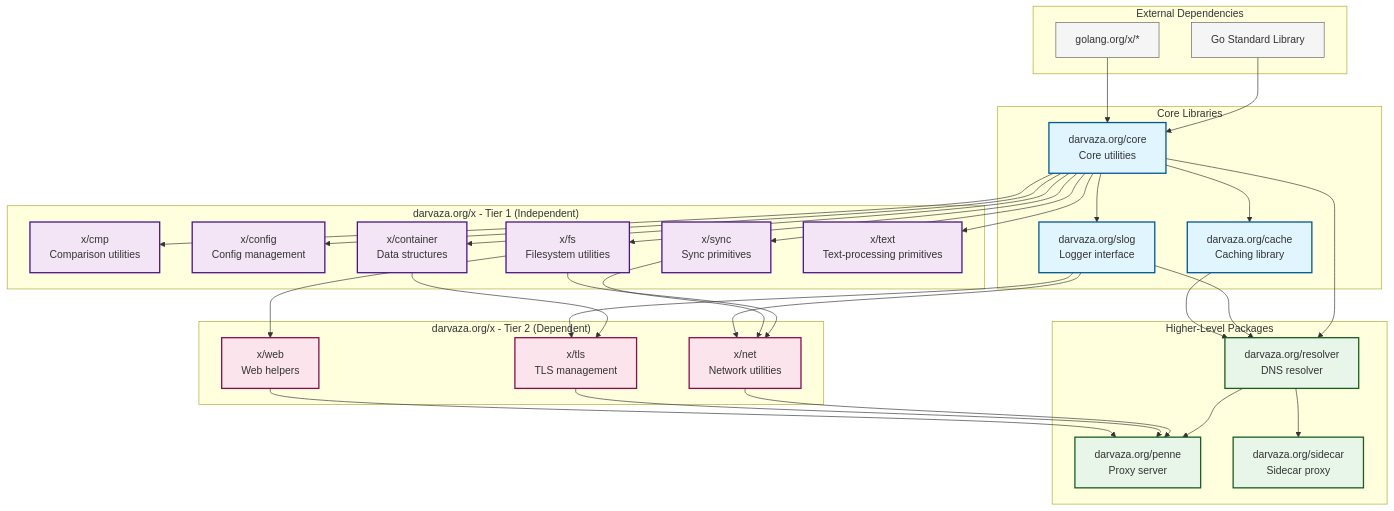
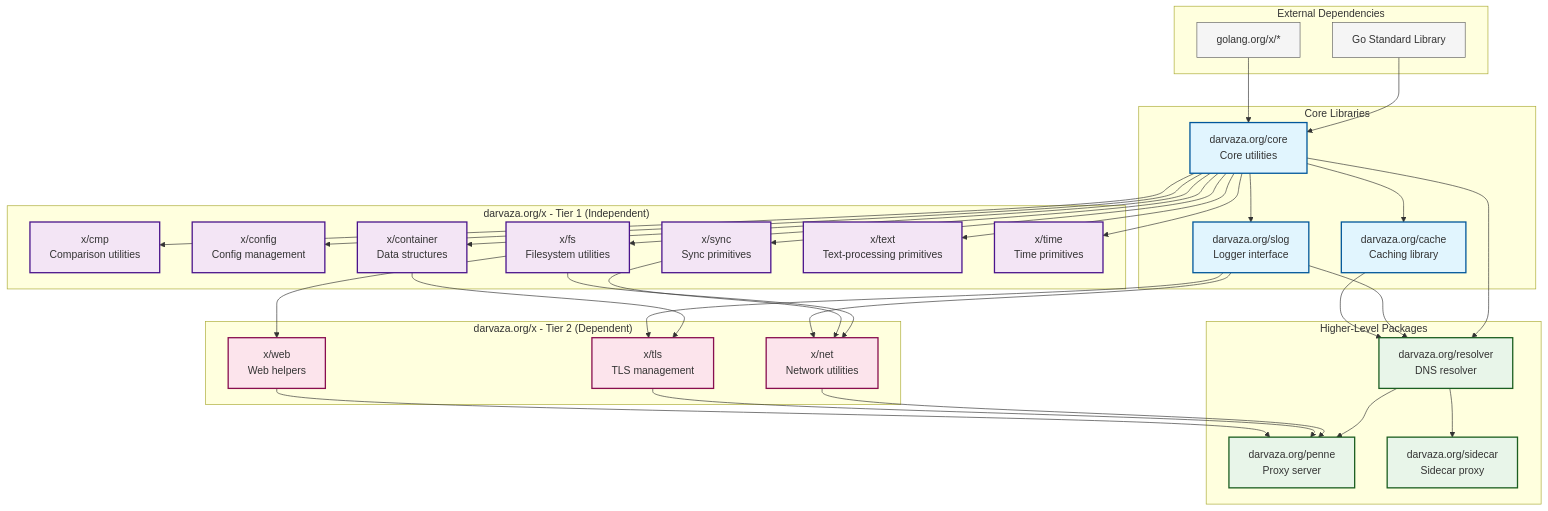
One commit to darvaza-proxy/x changed the diagram in README.md. Above: the diagram before and after it, drawn with Mermaid. The commit also changed other lines of this file and 8 other files, not shown here.

````diff
--- a/README.md
+++ b/README.md
@@ -85,79 +90,81 @@
 ```mermaid
 graph TB
     subgraph "External Dependencies"
         stdlib[Go Standard Library]
         ext[golang.org/x/*]
     end
 
     subgraph "Core Libraries"
         core[darvaza.org/core<br/>Core utilities]
         slog[darvaza.org/slog<br/>Logger interface]
         cache[darvaza.org/cache<br/>Caching library]
     end
 
     subgraph "darvaza.org/x - Tier 1 (Independent)"
         cmp[x/cmp<br/>Comparison utilities]
         config[x/config<br/>Config management]
         sync[x/sync<br/>Sync primitives]
         fs[x/fs<br/>Filesystem utilities]
         container[x/container<br/>Data structures]
         text[x/text<br/>Text-processing primitives]
+        time[x/time<br/>Time primitives]
     end
 
     subgraph "darvaza.org/x - Tier 2 (Dependent)"
         net[x/net<br/>Network utilities]
         web[x/web<br/>Web helpers]
         tls[x/tls<br/>TLS management]
     end
 
     subgraph "Higher-Level Packages"
         resolver[darvaza.org/resolver<br/>DNS resolver]
         penne[darvaza.org/penne<br/>Proxy server]
         sidecar[darvaza.org/sidecar<br/>Sidecar proxy]
     end
 
     %% Core dependencies
     stdlib --> core
     ext --> core
     core --> slog
     core --> cache
 
     %% x/ Tier 1 dependencies
     core --> cmp
     core --> config
     core --> sync
     core --> fs
     core --> container
     core --> text
+    core --> time
 
     %% x/ Tier 2 dependencies
     fs --> net
     fs --> web
     sync --> net
     container --> tls
     slog --> net
     slog --> tls
 
     %% Higher-level dependencies
     core --> resolver
     slog --> resolver
     cache --> resolver
 
     resolver --> penne
     resolver --> sidecar
     net --> penne
     tls --> penne
     web --> penne
 
     classDef core fill:#e1f5fe,stroke:#01579b,stroke-width:2px
     classDef tier1 fill:#f3e5f5,stroke:#4a148c,stroke-width:2px
     classDef tier2 fill:#fce4ec,stroke:#880e4f,stroke-width:2px
     classDef external fill:#f5f5f5,stroke:#616161,stroke-width:1px
     classDef highlevel fill:#e8f5e9,stroke:#1b5e20,stroke-width:2px
 
     class core,slog,cache core
-    class cmp,config,sync,fs,container,text tier1
+    class cmp,config,sync,fs,container,text,time tier1
     class net,web,tls tier2
     class stdlib,ext external
     class resolver,penne,sidecar highlevel
 ```
````
